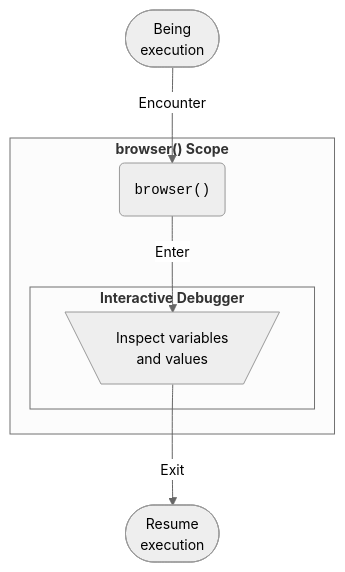
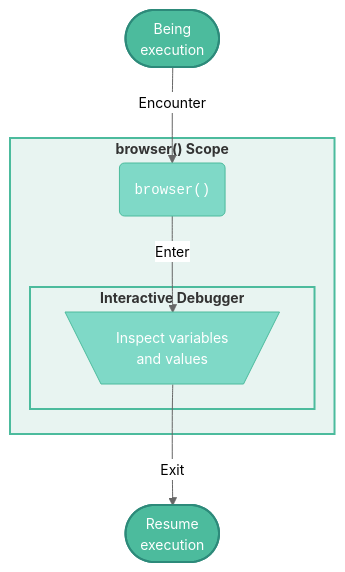
One commit to mjfrigaard/shiny-app-pkgs changed the second of 3 diagrams in debugger.qmd. Above: the diagram before and after it, drawn with Mermaid. The commit also changed other lines of this file and 107 other files, not shown here.

First line of the commit message:
Add consistent teal/light-teal color styling to mermaid diagrams

````diff
--- a/debugger.qmd
+++ b/debugger.qmd
@@ -130,30 +125,24 @@
 ```{mermaid}
 %%| fig-cap: 'How `browser()` works in regular R function'
 %%| fig-align: center
 %%{init: {'theme': 'neutral', 'themeVariables': { 'fontFamily': 'monospace', "fontSize":"14px"}}}%%
 flowchart TD
-        Running(["Being<br>execution"]) 
+        Running(["Being<br>execution"])
             subgraph Browse["<strong>browser() Scope</strong>"]
                 Browser("<code>browser()</code>")
                 subgraph Debugger["<strong>Interactive Debugger</strong>"]
                  Step[\"Inspect variables<br>and values"/]
                 end
         end
         Resume(["Resume<br>execution"])
 
 Running -->|"Encounter"| Browser --> |"Enter"|Step -->|"Exit"|Resume
-    
-    %% subgraphs
-    %% style Function fill:#FFF,color:#000,stroke:#333,font-size:14px %%
-    %% style BrowserStep stroke:#4CBB9D,color:#000,stroke-width:3px,rx:10,ry:10,font-size:14px  %%
-    %% style Debugger fill:#F8F8FA,color:#000,stroke:#4CB7DB,stroke-width:3px,rx:10,ry:10,font-size:14px %%
-    
-    %% nodes 
-    %% style Running fill:#FFF,color:#000,stroke:#333,rx:10,ry:10,font-size:14px %%
-    %% style Encounter fill:#4CBB9D,color:#FFFFFF,stroke:none,rx:10,ry:10,font-size:14px %%
-    %% style Step1 fill:#4CB7DB,color:#000,stroke:none,rx:15,ry:15,font-size:14px %%
-    %% style Step2 fill:#4CB7DB,color:#000,stroke:none,rx:10,ry:10,font-size:14px %%
-    %% style ExitBrowser fill:#4CBB9D,color:#FFFFFF,stroke:none,rx:20,ry:10,font-size:14px %%
-    %% style Resume fill:#FFF,color:#000,stroke:#333,rx:10,ry:10,font-size:14px %%
-    
+
+    style Running fill:#4CBB9D,color:#fff,stroke:#2d8a7a,stroke-width:2px
+    style Browser fill:#7fd9c7,color:#fff,stroke:#4CBB9D,stroke-width:1px
+    style Step fill:#7fd9c7,color:#fff,stroke:#4CBB9D,stroke-width:1px
+    style Resume fill:#4CBB9D,color:#fff,stroke:#2d8a7a,stroke-width:2px
+    style Debugger fill:#e8f4f1,stroke:#4CBB9D,stroke-width:2px
+    style Browse fill:#e8f4f1,stroke:#4CBB9D,stroke-width:2px
+
 ```
````
